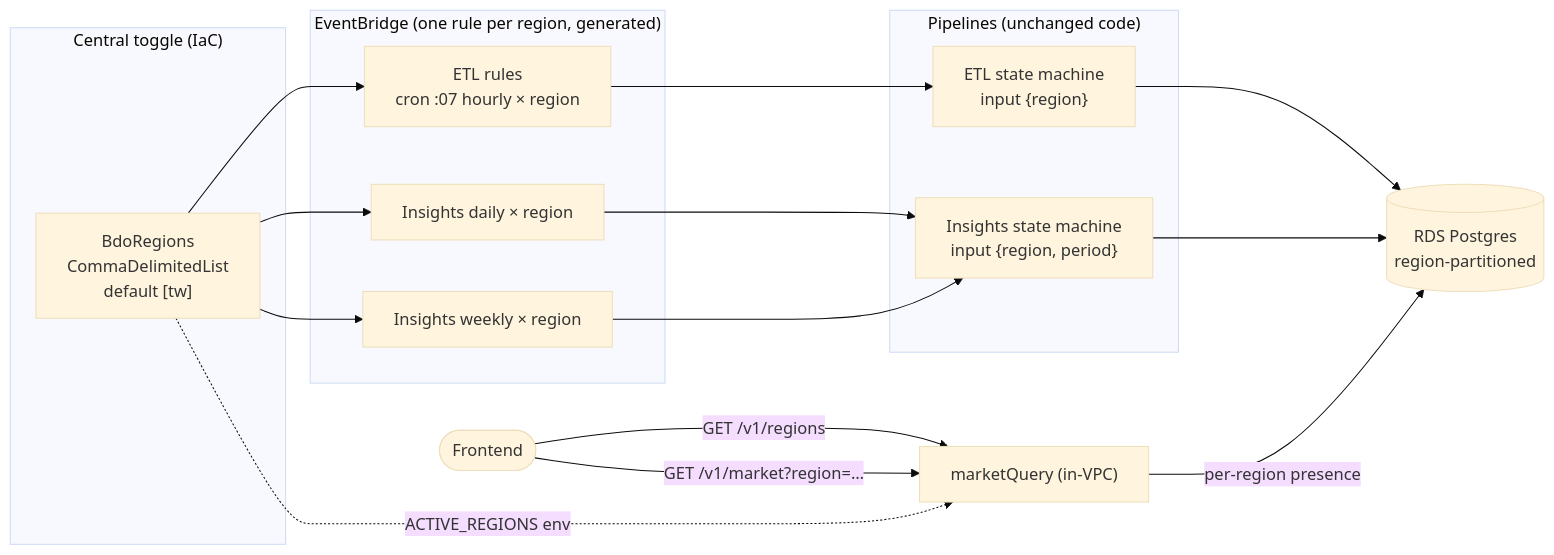
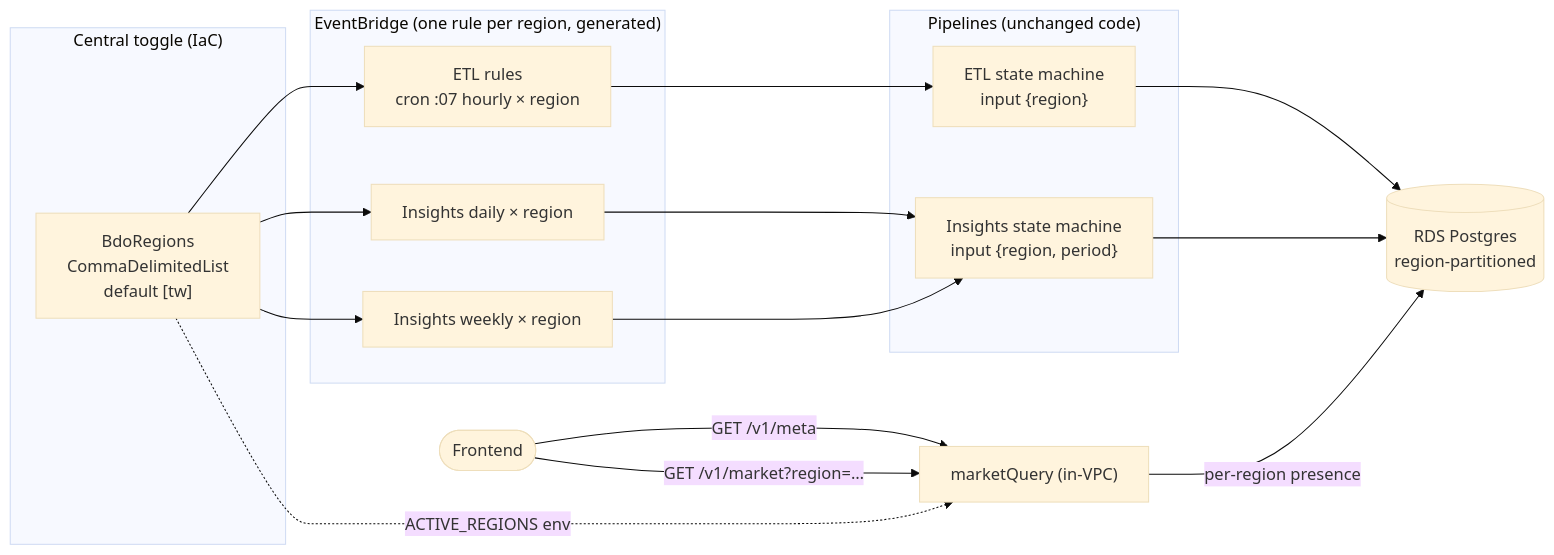
One commit to RyanYCT/bdo-market-insights changed the diagram in .kiro/specs/multi-region-readiness/design.md. Above: the diagram before and after it, drawn with Mermaid (base theme). The commit also changed other lines of this file and 2 other files, not shown here.

First line of the commit message:
docs(spec): consolidate region discovery into an extensible GET /v1/meta

````diff
--- a/.kiro/specs/multi-region-readiness/design.md
+++ b/.kiro/specs/multi-region-readiness/design.md
@@ -64,31 +66,31 @@
 ```mermaid
 flowchart LR
     subgraph toggle["Central toggle (IaC)"]
         list["BdoRegions<br/>CommaDelimitedList<br/>default [tw]"]
     end
 
     subgraph eb["EventBridge (one rule per region, generated)"]
         etlR["ETL rules<br/>cron :07 hourly × region"]
         dailyR["Insights daily × region"]
         weeklyR["Insights weekly × region"]
     end
 
     subgraph pipe["Pipelines (unchanged code)"]
         etlSM["ETL state machine<br/>input {region}"]
         insSM["Insights state machine<br/>input {region, period}"]
     end
 
     rds[("RDS Postgres<br/>region-partitioned")]
     client(["Frontend"])
     mq["marketQuery (in-VPC)"]
 
     list --> etlR --> etlSM
     list --> dailyR --> insSM
     list --> weeklyR --> insSM
     etlSM --> rds
     insSM --> rds
-    client -->|"GET /v1/regions"| mq
+    client -->|"GET /v1/meta"| mq
     client -->|"GET /v1/market?region=…"| mq
     mq -->|"per-region presence"| rds
     list -.->|"ACTIVE_REGIONS env"| mq
 ```
````
